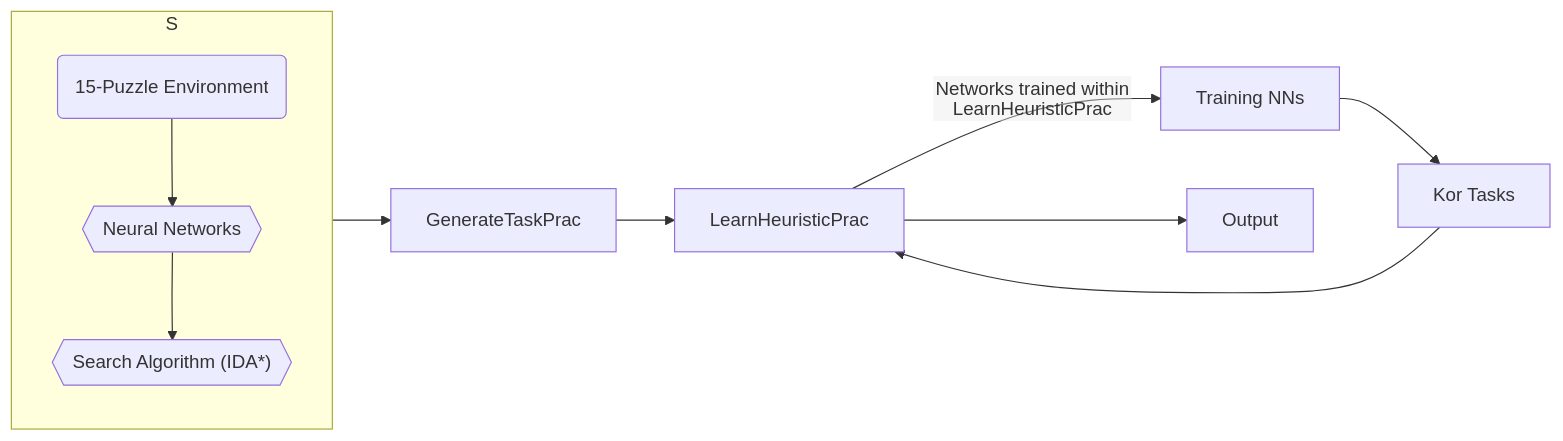
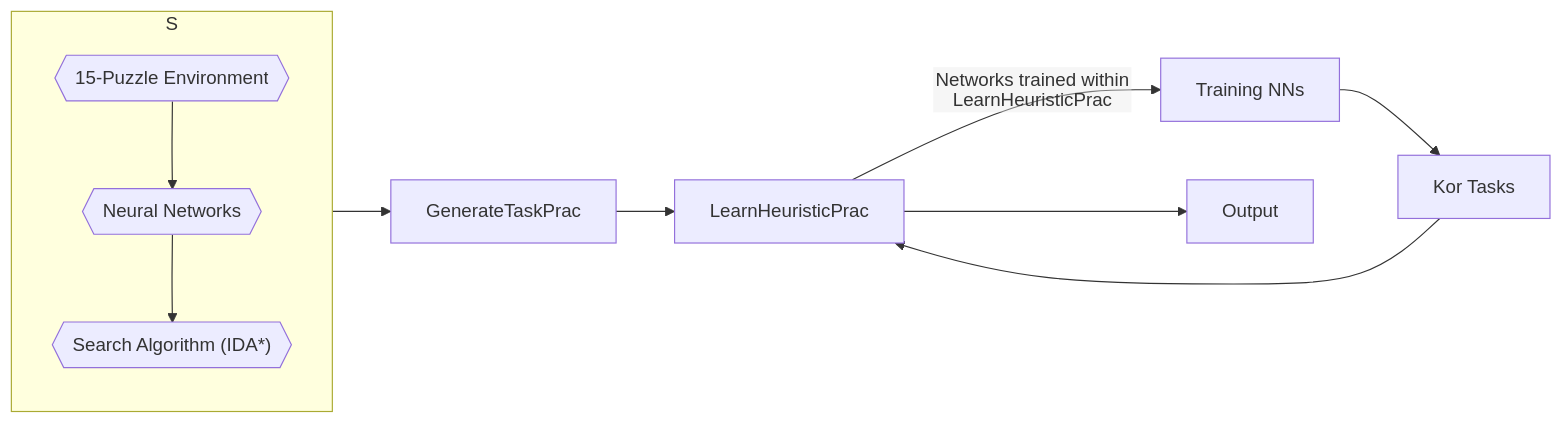
Before and after one commit to OShagHennessy/Reproducibility_Assignment: the diagram in README.md, drawn with Mermaid.

````diff
--- a/README.md
+++ b/README.md
@@ -10,15 +10,15 @@
 ```mermaid
 
 %%{init: {"flowchart": {"htmlLabels": false}} }%%
 flowchart LR
 Algorithm3[GenerateTaskPrac]
 Algorithm4[LearnHeuristicPrac]
 TrainingNNs[Training NNs]
 Kor_Tasks[Kor Tasks]
 Output[Output]
 S --> Algorithm3 --> Algorithm4 --Networks trained within LearnHeuristicPrac--> TrainingNNs --> Kor_Tasks --> Algorithm4 --> Output
 subgraph "S"
-  a("`15-Puzzle Environment`") --> b{{"`Neural Networks`"}} --> c{{"`Search Algorithm (IDA*)`"}}
+  a{{"`15-Puzzle Environment`"}} --> b{{"`Neural Networks`"}} --> c{{"`Search Algorithm (IDA*)`"}}
 end
 
 ```
````
